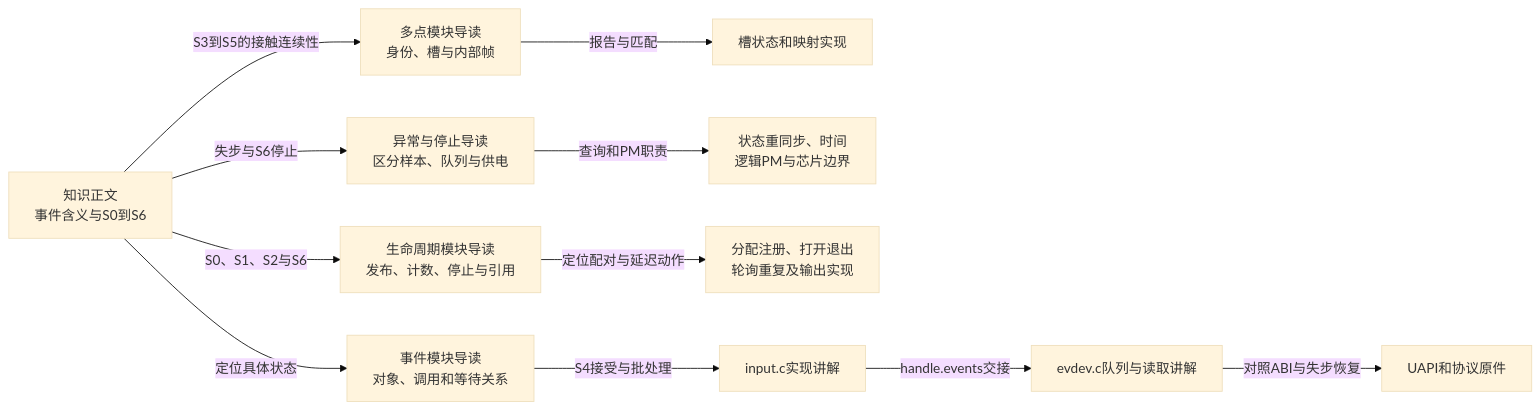
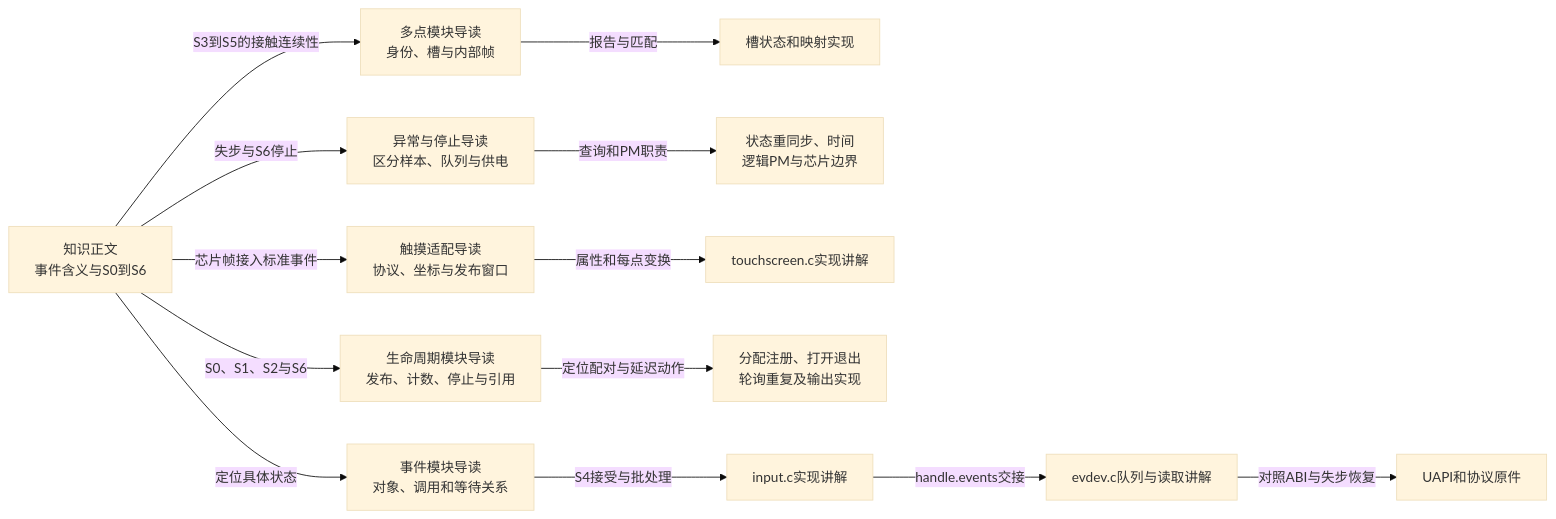
The diagram in research/source_reading/input/navigation/P01_Linux_6.12_Input源码阅读索引.md (FormingSystem/linux_note), drawn with Mermaid (base theme) before and after one commit. The commit also changed other lines of this file and 11 other files, not shown here.

````diff
--- a/research/source_reading/input/navigation/P01_Linux_6.12_Input源码阅读索引.md
+++ b/research/source_reading/input/navigation/P01_Linux_6.12_Input源码阅读索引.md
@@ -35,13 +35,15 @@
 ```mermaid
 flowchart LR
     k["知识正文<br/>事件含义与S0到S6"] -->|"定位具体状态"| n["事件模块导读<br/>对象、调用和等待关系"]
     k -->|"S3到S5的接触连续性"| mt["多点模块导读<br/>身份、槽与内部帧"]
     mt -->|"报告与匹配"| mtimpl["槽状态和映射实现"]
     k -->|"失步与S6停止"| fail["异常与停止导读<br/>区分样本、队列与供电"]
     fail -->|"查询和PM职责"| failimpl["状态重同步、时间<br/>逻辑PM与芯片边界"]
+    k -->|"芯片帧接入标准事件"| touch["触摸适配导读<br/>协议、坐标与发布窗口"]
+    touch -->|"属性和每点变换"| coordinates["touchscreen.c实现讲解"]
     k -->|"S0、S1、S2与S6"| life["生命周期模块导读<br/>发布、计数、停止与引用"]
     life -->|"定位配对与延迟动作"| impl["分配注册、打开退出<br/>轮询重复及输出实现"]
     n -->|"S4接受与批处理"| c["input.c实现讲解"]
     c -->|"handle.events交接"| e["evdev.c队列与读取讲解"]
     e -->|"对照ABI与失步恢复"| u["UAPI和协议原件"]
 ```
````
